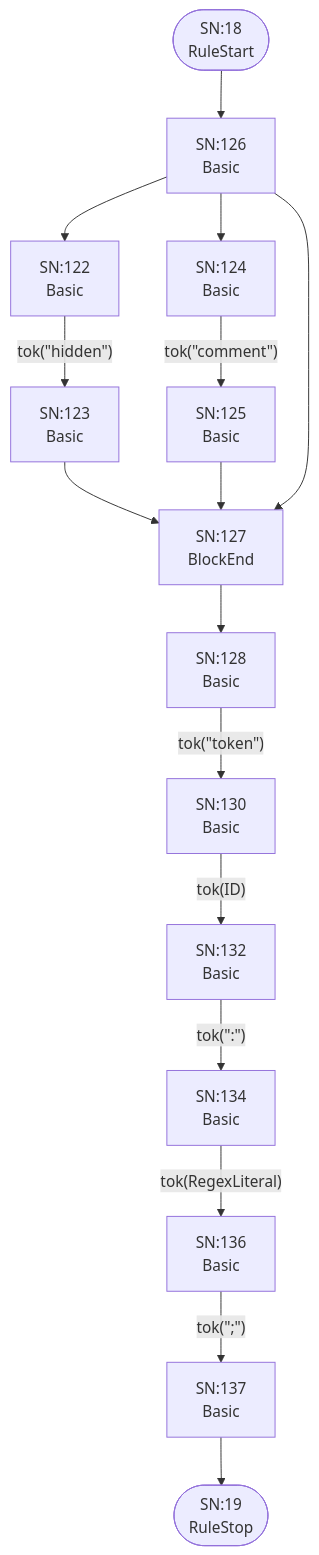
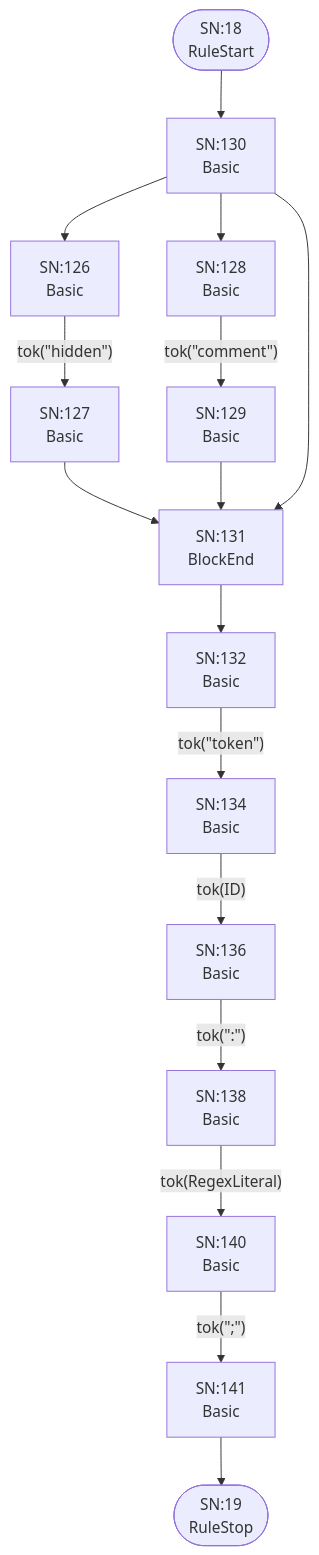
Before and after one commit to TypeFox/fastbelt: the tenth of 26 diagrams in internal/grammar/atn.md, drawn with Mermaid. The commit also changed other lines of this file and 22 other files, not shown here.

````diff
--- a/internal/grammar/atn.md
+++ b/internal/grammar/atn.md
@@ -252,33 +257,33 @@
 ```mermaid
 flowchart TD
     q18(["SN:18<br/>RuleStart"])
     q19(["SN:19<br/>RuleStop"])
-    q122["SN:122<br/>Basic<br/>"]
-    q123["SN:123<br/>Basic<br/>"]
-    q124["SN:124<br/>Basic<br/>"]
-    q125["SN:125<br/>Basic<br/>"]
     q126["SN:126<br/>Basic<br/>"]
-    q127["SN:127<br/>BlockEnd<br/>"]
+    q127["SN:127<br/>Basic<br/>"]
     q128["SN:128<br/>Basic<br/>"]
-    q129["SN:130<br/>Basic<br/>"]
-    q130["SN:132<br/>Basic<br/>"]
-    q131["SN:134<br/>Basic<br/>"]
-    q132["SN:136<br/>Basic<br/>"]
-    q133["SN:137<br/>Basic<br/>"]
+    q129["SN:129<br/>Basic<br/>"]
+    q130["SN:130<br/>Basic<br/>"]
+    q131["SN:131<br/>BlockEnd<br/>"]
+    q132["SN:132<br/>Basic<br/>"]
+    q133["SN:134<br/>Basic<br/>"]
+    q134["SN:136<br/>Basic<br/>"]
+    q135["SN:138<br/>Basic<br/>"]
+    q136["SN:140<br/>Basic<br/>"]
+    q137["SN:141<br/>Basic<br/>"]
 
-    q18 --> q126
-    q122 -->|"tok(&quot;hidden&quot;)"| q123
-    q123 --> q127
-    q124 -->|"tok(&quot;comment&quot;)"| q125
-    q125 --> q127
-    q126 --> q122
-    q126 --> q124
-    q126 --> q127
-    q127 --> q128
-    q128 -->|"tok(&quot;token&quot;)"| q129
-    q129 -->|"tok(ID)"| q130
-    q130 -->|"tok(&quot;:&quot;)"| q131
-    q131 -->|"tok(RegexLiteral)"| q132
-    q132 -->|"tok(&quot;;&quot;)"| q133
-    q133 --> q19
+    q18 --> q130
+    q126 -->|"tok(&quot;hidden&quot;)"| q127
+    q127 --> q131
+    q128 -->|"tok(&quot;comment&quot;)"| q129
+    q129 --> q131
+    q130 --> q126
+    q130 --> q128
+    q130 --> q131
+    q131 --> q132
+    q132 -->|"tok(&quot;token&quot;)"| q133
+    q133 -->|"tok(ID)"| q134
+    q134 -->|"tok(&quot;:&quot;)"| q135
+    q135 -->|"tok(RegexLiteral)"| q136
+    q136 -->|"tok(&quot;;&quot;)"| q137
+    q137 --> q19
 ```
````
